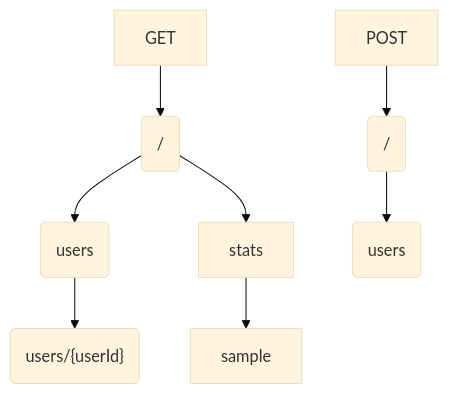
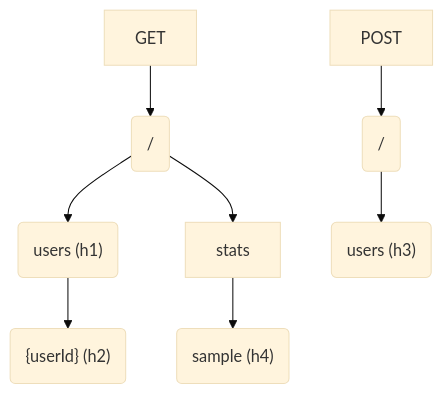
The diagram in README.md (valsov/router), drawn with Mermaid (base theme) before and after one commit. The commit also changed other lines of this file, not shown here.

````diff
--- a/README.md
+++ b/README.md
@@ -43,19 +68,17 @@
 ```mermaid
-
 graph TD;
 
 GET-->getRoot(/);
 
-getRoot-->getUsers(users);
+getRoot-->getUsers("users (h1)");
 
-getUsers-->getUserWithId("users/{userId}");
+getUsers-->getUserWithId("{userId} (h2)");
 
 getRoot-->stats;
 
-stats-->sample;
+stats-->getSample("sample (h4)");
 
 POST-->postRoot(/);
 
-postRoot-->postUsers(users);
-
+postRoot-->postUsers("users (h3)");
 ```
````
